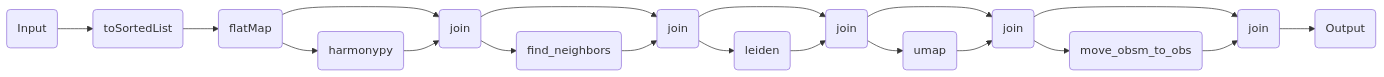
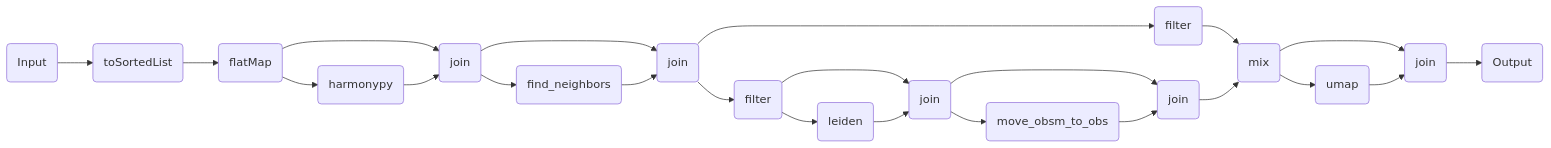
Before and after one commit to openpipelines-bio/website: the diagram in components/workflows/multiomics/integration/harmony_leiden.qmd, drawn with Mermaid. The commit also changed other lines of this file and 92 other files, not shown here.

````diff
--- a/components/workflows/multiomics/integration/harmony_leiden.qmd
+++ b/components/workflows/multiomics/integration/harmony_leiden.qmd
@@ -147,37 +147,44 @@
 ```{mermaid}
 %%| column: screen-inset-shaded
 flowchart LR
     p0(Input)
     p2(toSortedList)
     p4(flatMap)
     p10(harmonypy)
     p12(join)
     p20(find_neighbors)
     p22(join)
-    p30(leiden)
-    p32(join)
-    p40(umap)
-    p42(join)
-    p50(move_obsm_to_obs)
-    p52(join)
-    p58(Output)
+    p25(filter)
+    p31(leiden)
+    p33(join)
+    p41(move_obsm_to_obs)
+    p43(join)
+    p47(mix)
+    p46(filter)
+    p53(umap)
+    p55(join)
+    p61(Output)
+    p46-->p47
     p0-->p2
     p2-->p4
     p4-->p12
     p4-->p10
     p10-->p12
     p12-->p22
     p12-->p20
     p20-->p22
-    p22-->p32
-    p22-->p30
-    p30-->p32
-    p32-->p42
-    p32-->p40
-    p40-->p42
-    p42-->p52
-    p42-->p50
-    p50-->p52
-    p52-->p58
+    p22-->p25
+    p22-->p46
+    p25-->p33
+    p25-->p31
+    p31-->p33
+    p33-->p43
+    p33-->p41
+    p41-->p43
+    p43-->p47
+    p47-->p55
+    p47-->p53
+    p53-->p55
+    p55-->p61
 
 ```
````
